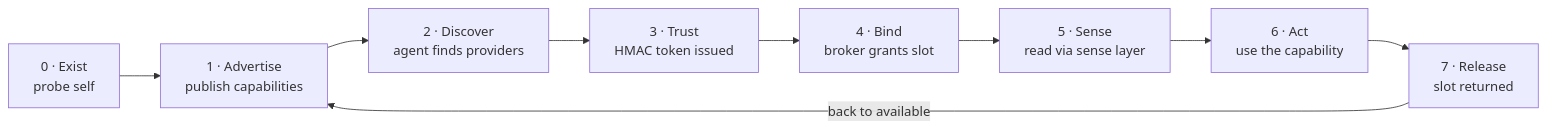
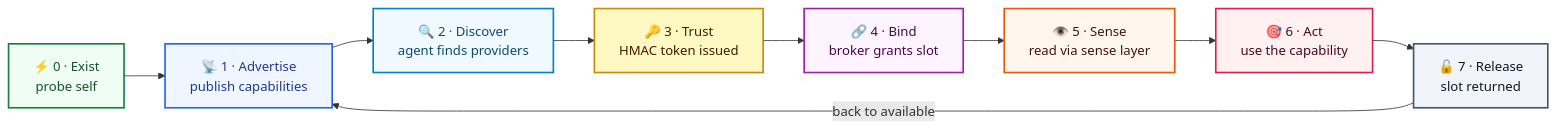
Before and after one commit to student-kshitish/device-to-agent: the second of 5 diagrams in README.md, drawn with Mermaid. The commit also changed other lines of this file, not shown here.

Commit message:
Add comprehensive README with full system architecture

````diff
--- a/README.md
+++ b/README.md
@@ -84,14 +84,32 @@
 ```mermaid
 flowchart LR
-    P0["0 · Exist\nprobe self"]
-    P1["1 · Advertise\npublish capabilities"]
-    P2["2 · Discover\nagent finds providers"]
-    P3["3 · Trust\nHMAC token issued"]
-    P4["4 · Bind\nbroker grants slot"]
-    P5["5 · Sense\nread via sense layer"]
-    P6["6 · Act\nuse the capability"]
-    P7["7 · Release\nslot returned"]
+    P0["⚡ 0 · Exist\nprobe self"]
+    P1["📡 1 · Advertise\npublish capabilities"]
+    P2["🔍 2 · Discover\nagent finds providers"]
+    P3["🔑 3 · Trust\nHMAC token issued"]
+    P4["🔗 4 · Bind\nbroker grants slot"]
+    P5["👁️ 5 · Sense\nread via sense layer"]
+    P6["🎯 6 · Act\nuse the capability"]
+    P7["🔓 7 · Release\nslot returned"]
 
     P0 --> P1 --> P2 --> P3 --> P4 --> P5 --> P6 --> P7
     P7 -->|"back to available"| P1
+
+    classDef exist     fill:#f0fdf4,stroke:#15803d,stroke-width:2px,color:#14532d
+    classDef advertise fill:#eff6ff,stroke:#2563eb,stroke-width:2px,color:#1e3a8a
+    classDef discover  fill:#f0f9ff,stroke:#0284c7,stroke-width:2px,color:#0c4a6e
+    classDef trust     fill:#fef9c3,stroke:#ca8a04,stroke-width:2px,color:#451a03
+    classDef bind      fill:#fdf4ff,stroke:#a21caf,stroke-width:2px,color:#4a044e
+    classDef sense     fill:#fff7ed,stroke:#ea580c,stroke-width:2px,color:#431407
+    classDef act       fill:#fff1f2,stroke:#e11d48,stroke-width:2px,color:#4c0519
+    classDef release   fill:#f1f5f9,stroke:#475569,stroke-width:2px,color:#0f172a
+
+    class P0 exist
+    class P1 advertise
+    class P2 discover
+    class P3 trust
+    class P4 bind
+    class P5 sense
+    class P6 act
+    class P7 release
 ```
````
